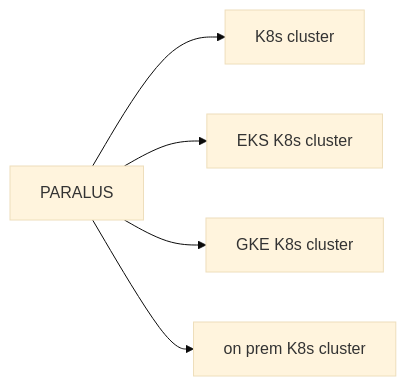
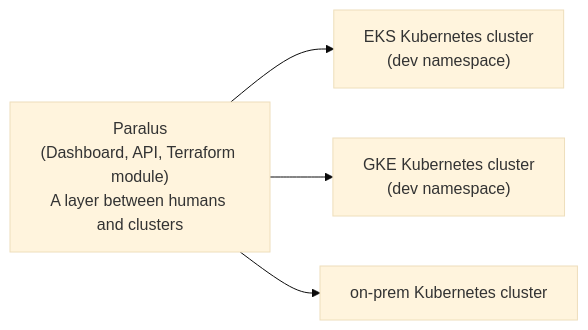
One commit to wiggitywhitney/board-notes changed the second of 2 diagrams in thunder/ep24-paralus/notes.md. Above: the diagram before and after it, drawn with Mermaid (base theme). The commit also changed other lines of this file, not shown here.

Commit message:
fix: correct board transcript for thunder ep24-paralus

````diff
--- a/thunder/ep24-paralus/notes.md
+++ b/thunder/ep24-paralus/notes.md
@@ -20,12 +52,10 @@
 ```mermaid
 flowchart LR
-  P[PARALUS]
-  K8s["K8s cluster"]
-  EKS["EKS K8s cluster"]
-  GKE["GKE K8s cluster"]
-  OP["on prem K8s cluster"]
-  P --> K8s
+  P["Paralus\n(Dashboard, API, Terraform module)\nA layer between humans and clusters"]
+  EKS["EKS Kubernetes cluster\n(dev namespace)"]
+  GKE["GKE Kubernetes cluster\n(dev namespace)"]
+  OP["on-prem Kubernetes cluster"]
   P --> EKS
   P --> GKE
   P --> OP
 ```
````
